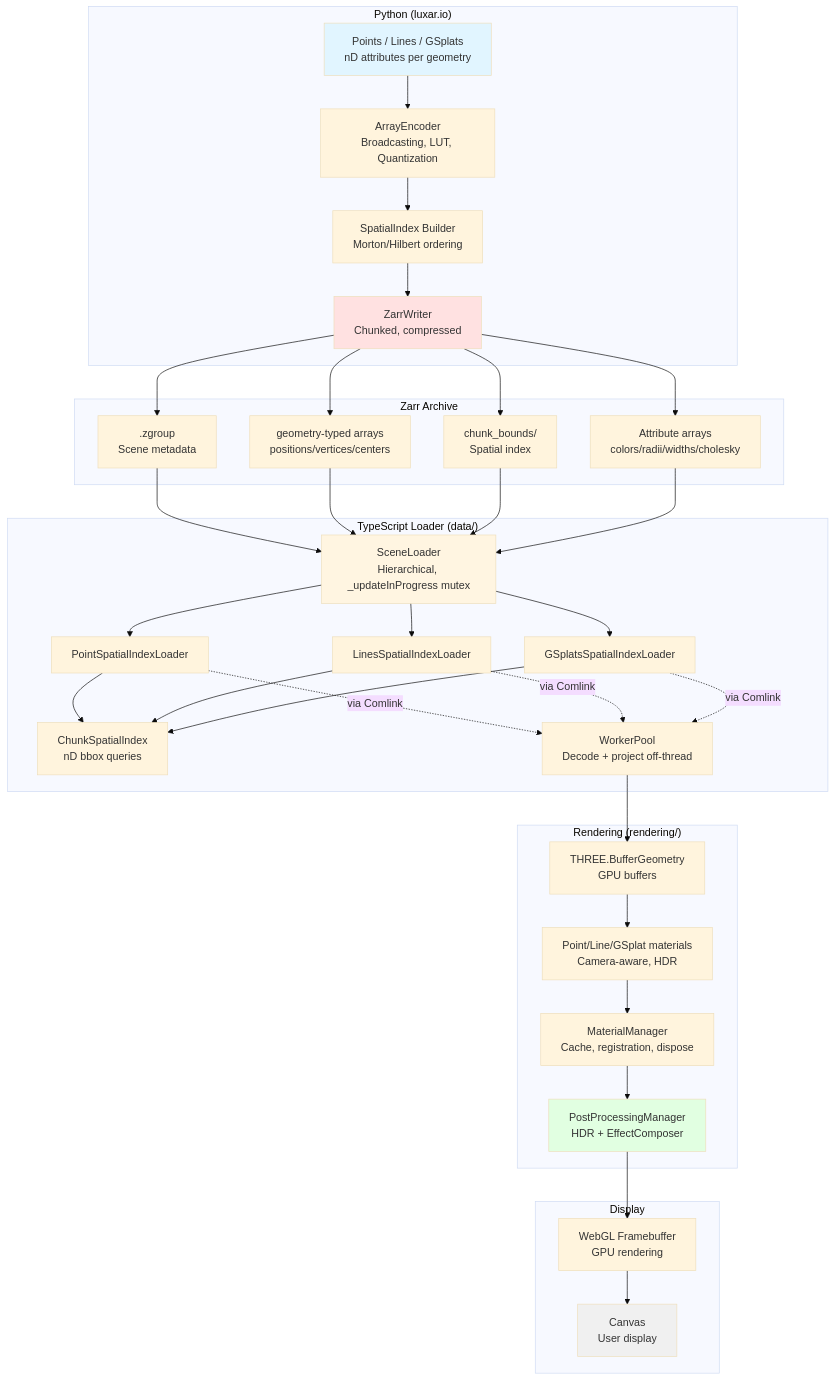
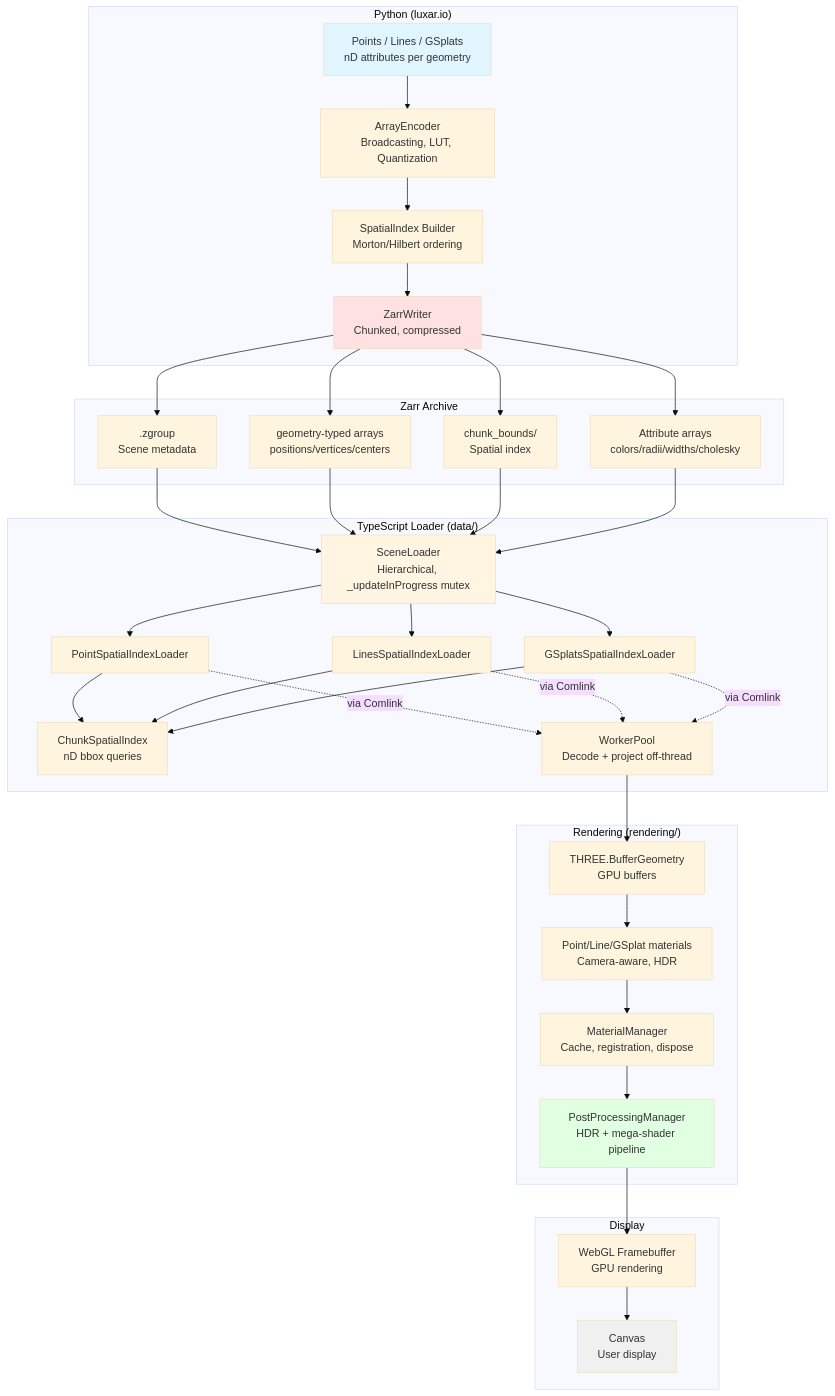
Before and after one commit to royerlab/luxar: the first of 12 diagrams in packages/luxar-viewer/ARCHITECTURE-DIAGRAMS.md, drawn with Mermaid (base theme). The commit also changed other lines of this file and 46 other files, not shown here.

````diff
--- a/packages/luxar-viewer/ARCHITECTURE-DIAGRAMS.md
+++ b/packages/luxar-viewer/ARCHITECTURE-DIAGRAMS.md
@@ -34,52 +34,52 @@
 ```mermaid
 graph TB
     subgraph "Python (luxar.io)"
         A[Points / Lines / GSplats<br/>nD attributes per geometry]
         B[ArrayEncoder<br/>Broadcasting, LUT, Quantization]
         C[SpatialIndex Builder<br/>Morton/Hilbert ordering]
         D[ZarrWriter<br/>Chunked, compressed]
     end
 
     subgraph "Zarr Archive"
         E[.zgroup<br/>Scene metadata]
         F[geometry-typed arrays<br/>positions/vertices/centers]
         G[chunk_bounds/<br/>Spatial index]
         H[Attribute arrays<br/>colors/radii/widths/cholesky]
     end
 
     subgraph "TypeScript Loader (data/)"
         I[SceneLoader<br/>Hierarchical, _updateInProgress mutex]
         J1[PointSpatialIndexLoader]
         J2[LinesSpatialIndexLoader]
         J3[GSplatsSpatialIndexLoader]
         K[ChunkSpatialIndex<br/>nD bbox queries]
         L[WorkerPool<br/>Decode + project off-thread]
     end
 
     subgraph "Rendering (rendering/)"
         M[THREE.BufferGeometry<br/>GPU buffers]
         N[Point/Line/GSplat materials<br/>Camera-aware, HDR]
         O[MaterialManager<br/>Cache, registration, dispose]
-        P[PostProcessingManager<br/>HDR + EffectComposer]
+        P[PostProcessingManager<br/>HDR + mega-shader pipeline]
     end
 
     subgraph "Display"
         Q[WebGL Framebuffer<br/>GPU rendering]
         R[Canvas<br/>User display]
     end
 
     A --> B --> C --> D
     D --> E & F & G & H
     E & F & G & H --> I
     I --> J1 & J2 & J3
     J1 & J2 & J3 --> K
     J1 & J2 & J3 -.via Comlink.-> L
     L --> M --> N
     N --> O --> P --> Q --> R
 
     style A fill:#e1f5ff
     style D fill:#ffe1e1
     style I fill:#fff5e1
     style P fill:#e1ffe1
     style R fill:#f0f0f0
 ```
````
